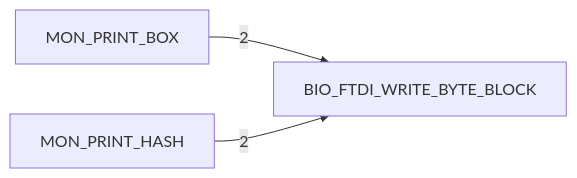
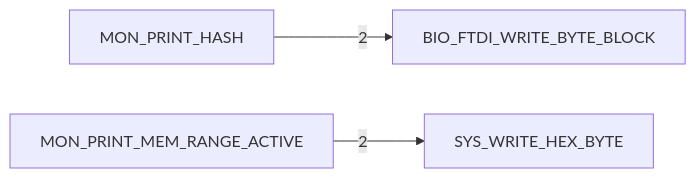
Before and after one commit to 95westus/R-YORS: the fifth of 6 diagrams in DOC/GENERATED/HIMON_COMMAND_MAP.md, drawn with Mermaid. The commit also changed other lines of this file and 42 other files, not shown here.

````diff
--- a/DOC/GENERATED/HIMON_COMMAND_MAP.md
+++ b/DOC/GENERATED/HIMON_COMMAND_MAP.md
@@ -78,5 +78,5 @@
 ```mermaid
 flowchart LR
-    N_MON_PRINT_BOX[MON_PRINT_BOX] -->|2| N_BIO_FTDI_WRITE_BYTE_BLOCK[BIO_FTDI_WRITE_BYTE_BLOCK]
     N_MON_PRINT_HASH[MON_PRINT_HASH] -->|2| N_BIO_FTDI_WRITE_BYTE_BLOCK[BIO_FTDI_WRITE_BYTE_BLOCK]
+    N_MON_PRINT_MEM_RANGE_ACTIVE[MON_PRINT_MEM_RANGE_ACTIVE] -->|2| N_SYS_WRITE_HEX_BYTE[SYS_WRITE_HEX_BYTE]
 ```
````
